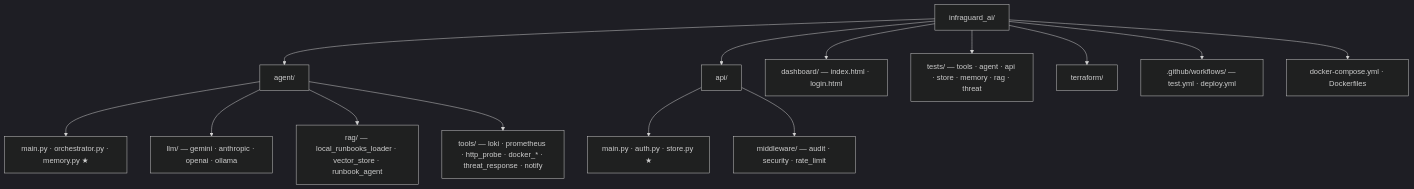
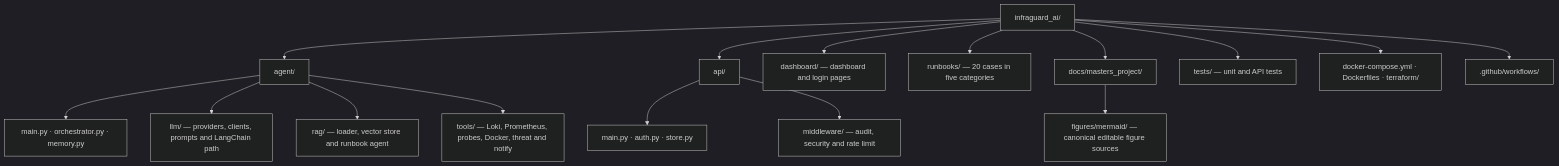
One commit to sagesta/infraguad_ai changed the diagram in docs/masters_project/figures/mermaid/fig_4_1_folder.mmd. Above: the diagram before and after it, drawn with Mermaid (dark theme). The commit also changed 171 other files, not shown here.

Commit message:
Update project files, tests, and documentation

```diff
--- a/docs/masters_project/figures/mermaid/fig_4_1_folder.mmd
+++ b/docs/masters_project/figures/mermaid/fig_4_1_folder.mmd
@@ -1,18 +1,20 @@
-%% Figure 4.1 — Folder Structure of the Reference Implementation
-%% Appears in: Chapter 4, Section 4.2.1 (Repository Layout)
+%% Figure 4.1 — Repository Layout
+%% Appears in: Chapter 4, Repository Layout
 %% Render to: ../fig_4_1_folder.png
 flowchart TB
   ROOT["infraguard_ai/"]
   ROOT --> AGENT["agent/"]
-  AGENT --> A1["main.py · orchestrator.py · memory.py ★"]
-  AGENT --> A2["llm/ — gemini · anthropic · openai · ollama"]
-  AGENT --> A3["rag/ — local_runbooks_loader · vector_store · runbook_agent"]
-  AGENT --> A4["tools/ — loki · prometheus · http_probe · docker_* · threat_response · notify"]
+  AGENT --> A1["main.py · orchestrator.py · memory.py"]
+  AGENT --> A2["llm/ — providers, clients, prompts and LangChain path"]
+  AGENT --> A3["rag/ — loader, vector store and runbook agent"]
+  AGENT --> A4["tools/ — Loki, Prometheus, probes, Docker, threat and notify"]
   ROOT --> API["api/"]
-  API --> B1["main.py · auth.py · store.py ★"]
-  API --> B2["middleware/ — audit · security · rate_limit"]
-  ROOT --> DASH["dashboard/ — index.html · login.html"]
-  ROOT --> TESTS["tests/ — tools · agent · api · store · memory · rag · threat"]
-  ROOT --> TF["terraform/"]
-  ROOT --> CI[".github/workflows/ — test.yml · deploy.yml"]
-  ROOT --> COMPOSE["docker-compose.yml · Dockerfiles"]
+  API --> B1["main.py · auth.py · store.py"]
+  API --> B2["middleware/ — audit, security and rate limit"]
+  ROOT --> DASH["dashboard/ — dashboard and login pages"]
+  ROOT --> BOOKS["runbooks/ — 20 cases in five categories"]
+  ROOT --> DOCS["docs/masters_project/"]
+  DOCS --> FIGS["figures/mermaid/ — canonical editable figure sources"]
+  ROOT --> TESTS["tests/ — unit and API tests"]
+  ROOT --> DEPLOY["docker-compose.yml · Dockerfiles · terraform/"]
+  ROOT --> CI[".github/workflows/"]
```
